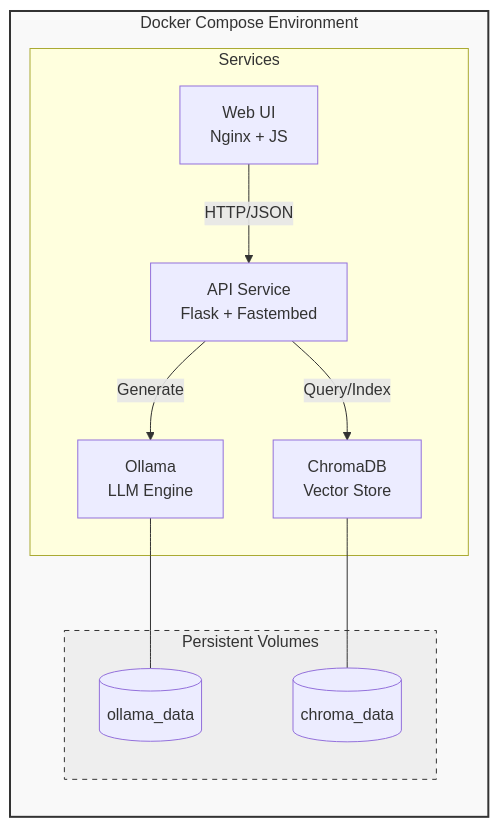
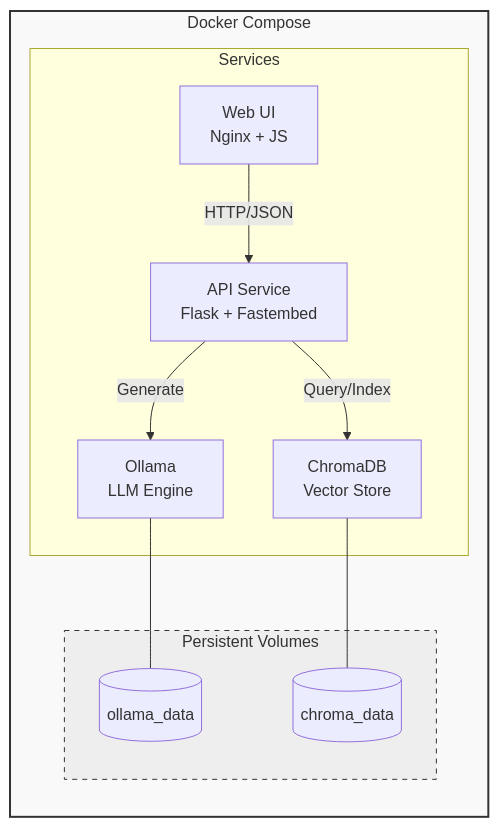
The diagram in README.md (krakenly/krakenly), drawn with Mermaid before and after one commit. The commit also changed other lines of this file, not shown here.

````diff
--- a/README.md
+++ b/README.md
@@ -76,28 +75,28 @@
 ```mermaid
 graph TD
-    subgraph Docker_Compose [Docker Compose Environment]
+    subgraph Docker_Compose [Docker Compose]
         direction TB
         
         subgraph Services
             UI[Web UI<br/>Nginx + JS]
             API[API Service<br/>Flask + Fastembed]
             Ollama[Ollama<br/>LLM Engine]
             Chroma[ChromaDB<br/>Vector Store]
         end
         
         subgraph Storage [Persistent Volumes]
             VolOllama[(ollama_data)]
             VolChroma[(chroma_data)]
         end
 
         UI -->|HTTP/JSON| API
         API -->|Generate| Ollama
         API -->|Query/Index| Chroma
         
         Ollama --- VolOllama
         Chroma --- VolChroma
     end
     
     style Docker_Compose fill:#f9f9f9,stroke:#333,stroke-width:2px
     style Storage fill:#eee,stroke:#333,stroke-dasharray: 5 5
 ```
````
